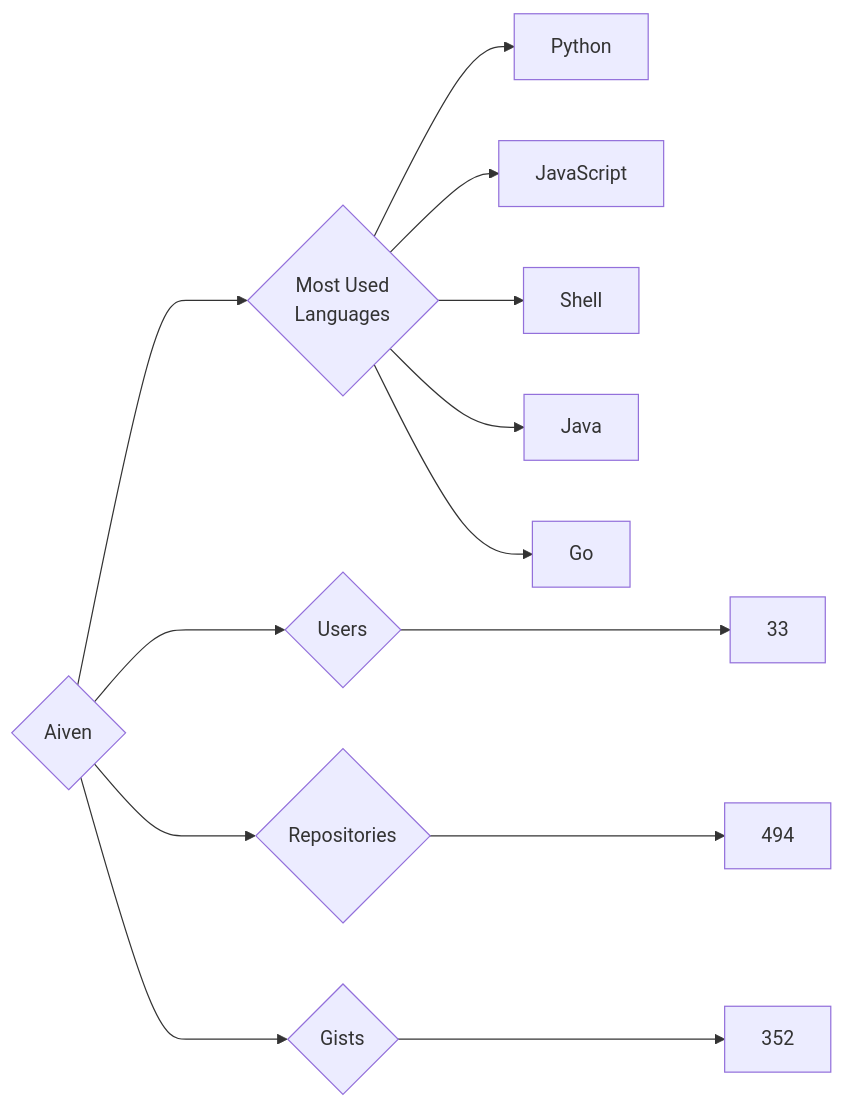
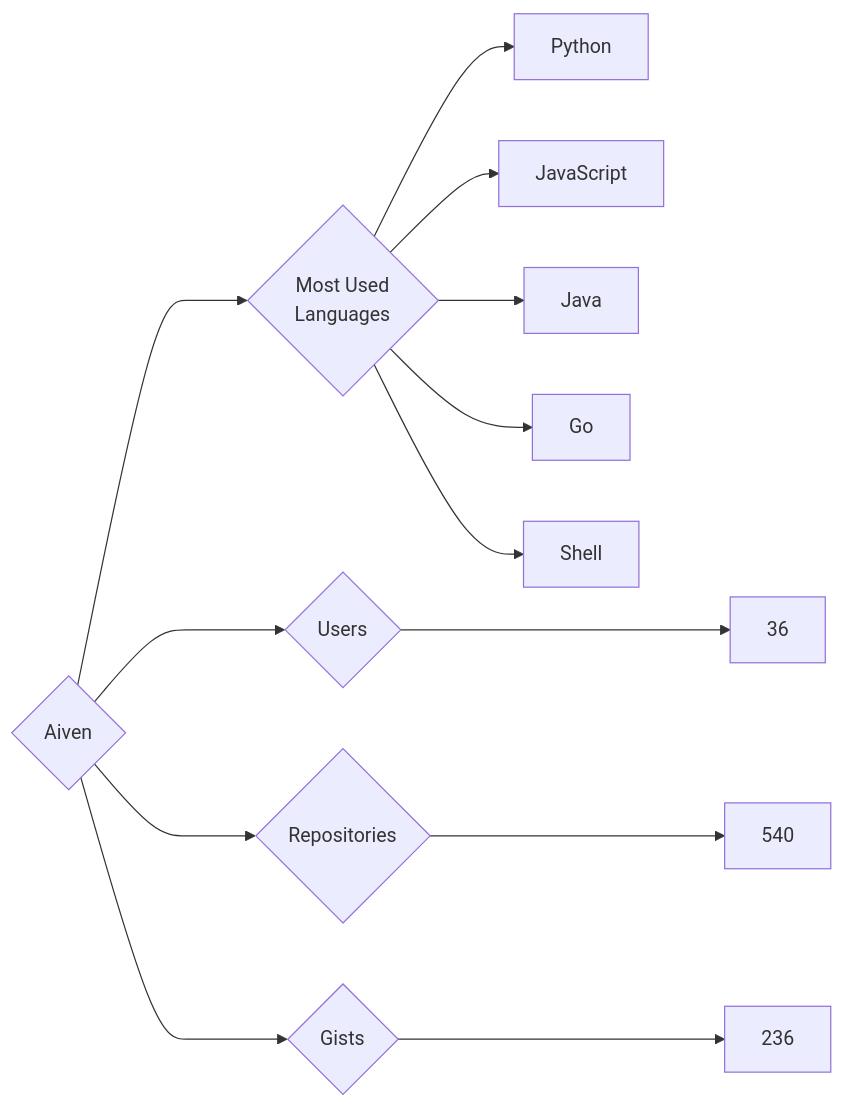
Before and after one commit to trickest/insiders: the diagram in targets/Aiven/README.md, drawn with Mermaid. The commit also changed 545 other files, not shown here.

````diff
--- a/targets/Aiven/README.md
+++ b/targets/Aiven/README.md
@@ -3,13 +3,13 @@
 ```mermaid
 graph LR
 COMPANY_NAME{Aiven}
-COMPANY_NAME ---> U{Users} ---> UN[33]
-COMPANY_NAME ---> R{Repositories} ---> RN[494]
-COMPANY_NAME ---> G{Gists} ---> GN[352]
+COMPANY_NAME ---> U{Users} ---> UN[36]
+COMPANY_NAME ---> R{Repositories} ---> RN[540]
+COMPANY_NAME ---> G{Gists} ---> GN[236]
 COMPANY_NAME ---> ML{Most Used<br>Languages}
 ML --> Python[Python]
 ML --> JavaScript[JavaScript]
-ML --> Shell[Shell]
 ML --> Java[Java]
 ML --> Go[Go]
+ML --> Shell[Shell]
 ```
````
